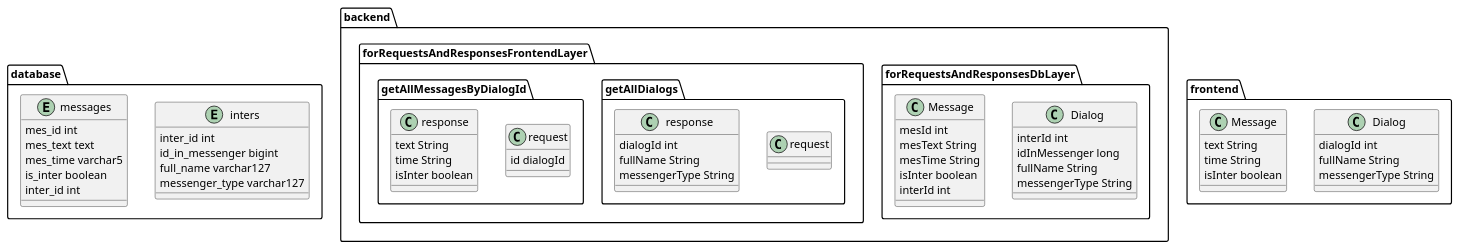
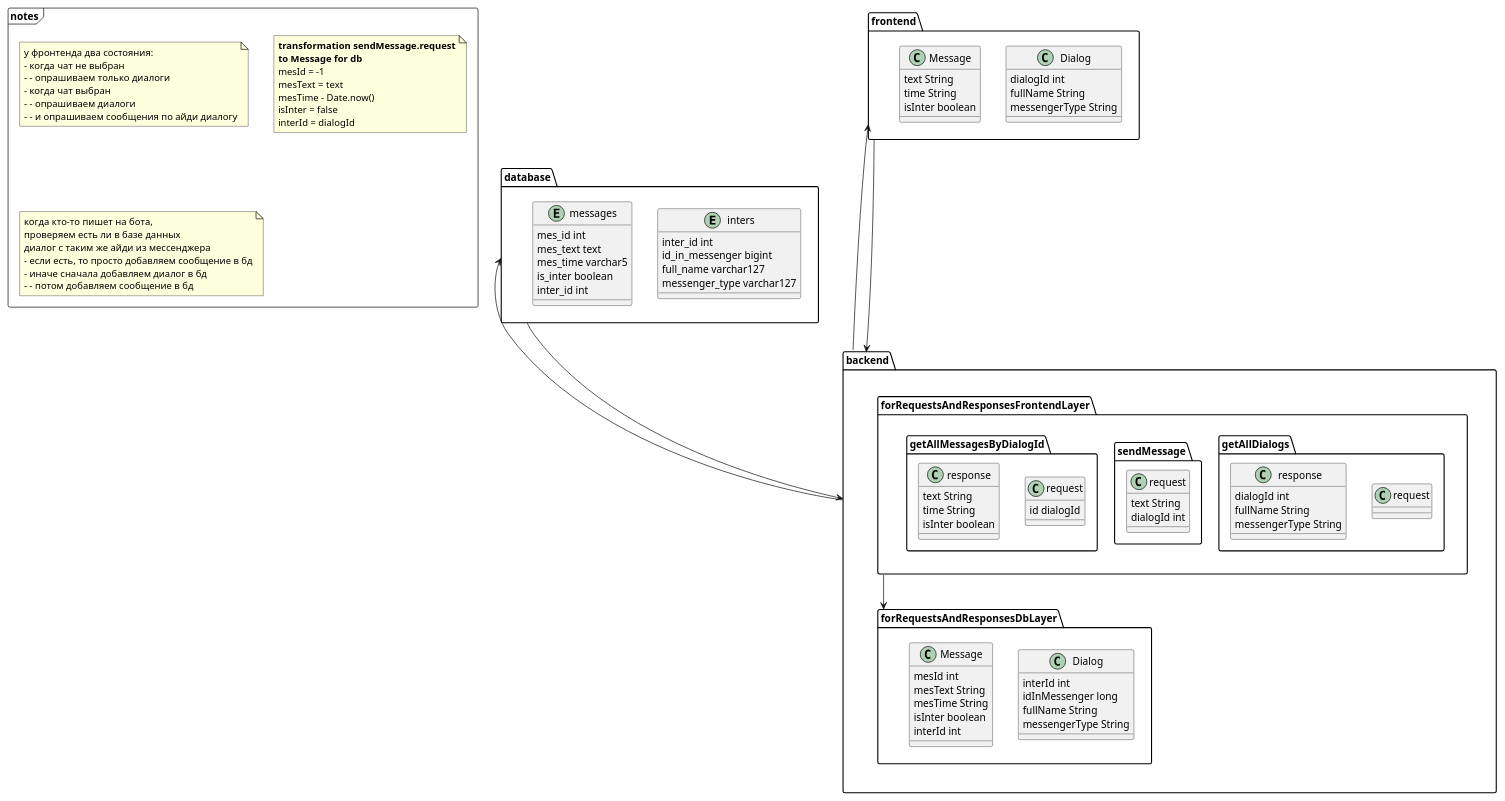
Before and after one commit to SibGuys/multimes-useful: the diagram in classes.puml, drawn with PlantUML.

Commit message:
feat: some fixes and add note frame

```diff
--- a/classes.puml
+++ b/classes.puml
@@ -1,93 +1,127 @@
-@startuml sequences
+@startuml classes
 
-/'
-когда кто-то пишет на бота, проверяем есть ли в базе данных диалог с таким же айди из мессенджера
-- если есть, то просто добавляем сообщение в бд
-- иначе сначала добавляем диалог в бд
-- - потом добавляем сообщение в бд
-
-у фронтенда два состояния:
-- когда чат не выбран
-- - опрашиваем только диалоги
-- когда чат выбран
-- - опрашиваем диалоги
-- - и опрашиваем сообщения по айди диалогу
-'/
+scale 1920*1080
 
 package database {
     entity inters {
         inter_id int
         id_in_messenger bigint
         full_name varchar127
         messenger_type varchar127
     }
 
     entity messages {
         mes_id int
         mes_text text
         mes_time varchar5
         is_inter boolean
         inter_id int
     }
 }
 
 package backend {
     package forRequestsAndResponsesDbLayer {
         class Dialog {
             interId int
             idInMessenger long
             fullName String
             messengerType String
         }
 
         class Message {
             mesId int
             mesText String
             mesTime String
             isInter boolean
             interId int
         }
     }
 
     package forRequestsAndResponsesFrontendLayer {
         package getAllDialogs {
             class request {
 
             }
 
             class response {
                 dialogId int
                 fullName String
                 messengerType String
             }
         }
 
+        package sendMessage {
+            class request {
+                text String
+                dialogId int
+            }
+        }
+
         package getAllMessagesByDialogId {
             class request {
                 id dialogId
             }
 
             class response {
                 text String
                 time String
                 isInter boolean
             }
         }
     }
+
 }
 
 package frontend {
     class Dialog {
         dialogId int
         fullName String
         messengerType String
     }
 
     class Message {
         text String
         time String
         isInter boolean
     }
 }
 
+frame notes {
+    note as N1
+    у фронтенда два состояния:
+    - когда чат не выбран
+    - - опрашиваем только диалоги
+    - когда чат выбран
+    - - опрашиваем диалоги
+    - - и опрашиваем сообщения по айди диалогу
+    end note
+
+    note as N2
+    **transformation sendMessage.request**
+    **to Message for db**
+    mesId = -1
+    mesText = text
+    mesTime - Date.now()
+    isInter = false
+    interId = dialogId
+    end note
+
+    note as N3
+    когда кто-то пишет на бота,
+    проверяем есть ли в базе данных
+    диалог с таким же айди из мессенджера
+    - если есть, то просто добавляем сообщение в бд
+    - иначе сначала добавляем диалог в бд
+    - - потом добавляем сообщение в бд
+    end note
+}
+
+frontend ---> backend
+backend ---> database
+
+database --> backend
+backend --> frontend
+
+forRequestsAndResponsesFrontendLayer ---> forRequestsAndResponsesDbLayer
+
 @enduml
```
